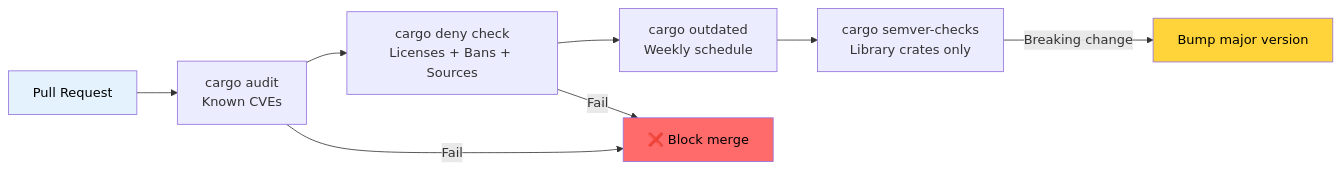
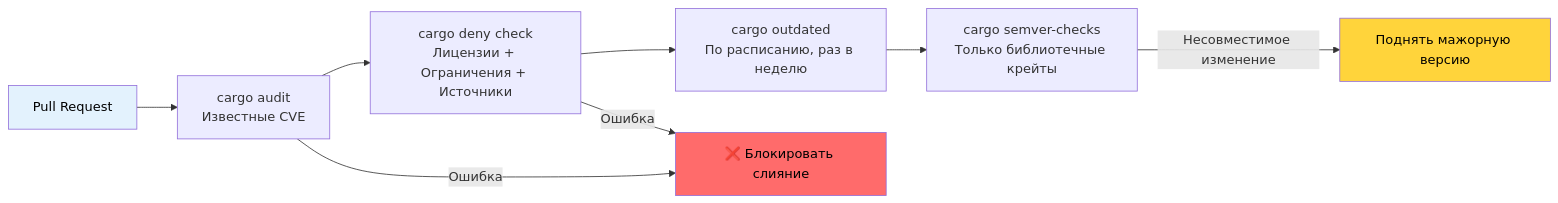
One commit to r007/RustTraining-Rus changed the diagram in engineering-book/src/ch06-dependency-management-and-supply-chain-s.md. Above: the diagram before and after it, drawn with Mermaid. The commit also changed other lines of this file and 7 other files, not shown here.

````diff
--- a/engineering-book/src/ch06-dependency-management-and-supply-chain-s.md
+++ b/engineering-book/src/ch06-dependency-management-and-supply-chain-s.md
@@ -318,15 +315,15 @@
 ```mermaid
 flowchart LR
-    PR["Pull Request"] --> AUDIT["cargo audit<br/>Known CVEs"]
-    AUDIT --> DENY["cargo deny check<br/>Licenses + Bans + Sources"]
-    DENY --> OUTDATED["cargo outdated<br/>Weekly schedule"]
-    OUTDATED --> SEMVER["cargo semver-checks<br/>Library crates only"]
-    
-    AUDIT -->|"Fail"| BLOCK["❌ Block merge"]
-    DENY -->|"Fail"| BLOCK
-    SEMVER -->|"Breaking change"| BUMP["Bump major version"]
-    
+    PR["Pull Request"] --> AUDIT["cargo audit<br/>Известные CVE"]
+    AUDIT --> DENY["cargo deny check<br/>Лицензии + Ограничения + Источники"]
+    DENY --> OUTDATED["cargo outdated<br/>По расписанию, раз в неделю"]
+    OUTDATED --> SEMVER["cargo semver-checks<br/>Только библиотечные крейты"]
+
+    AUDIT -->|"Ошибка"| BLOCK["❌ Блокировать слияние"]
+    DENY -->|"Ошибка"| BLOCK
+    SEMVER -->|"Несовместимое изменение"| BUMP["Поднять мажорную версию"]
+
     style BLOCK fill:#ff6b6b,color:#000
     style BUMP fill:#ffd43b,color:#000
     style PR fill:#e3f2fd,color:#000
 ```
````
